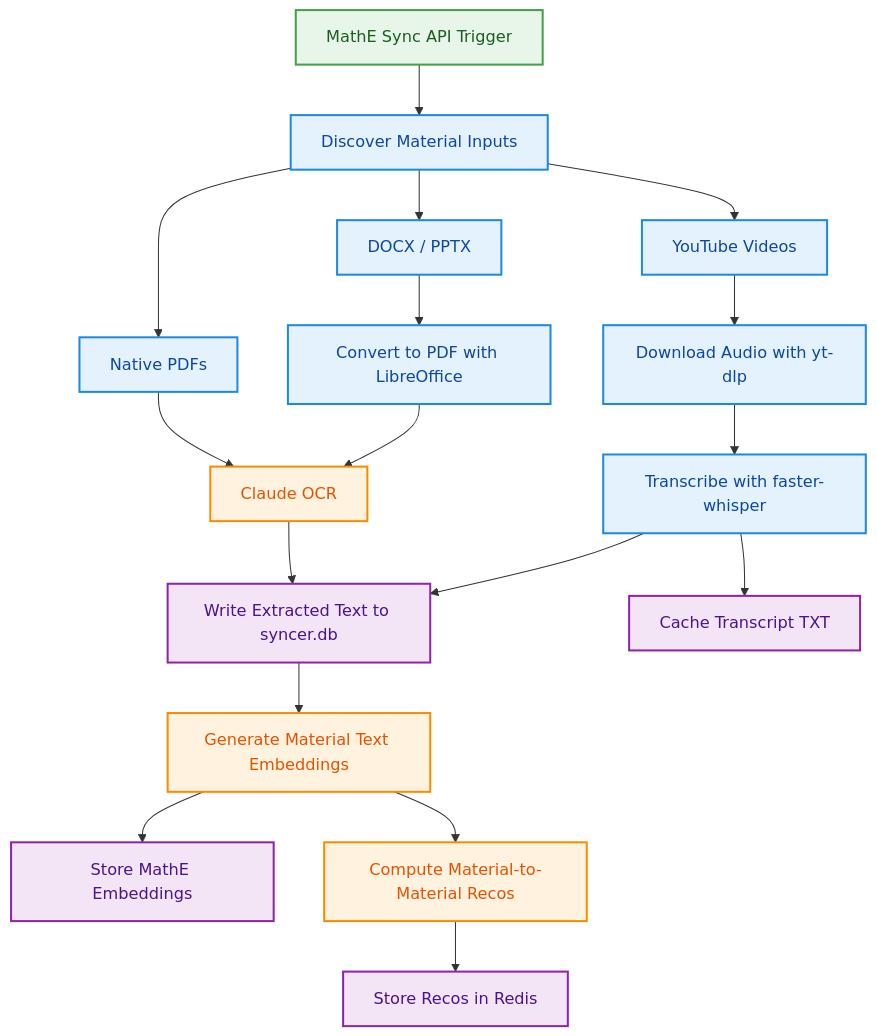
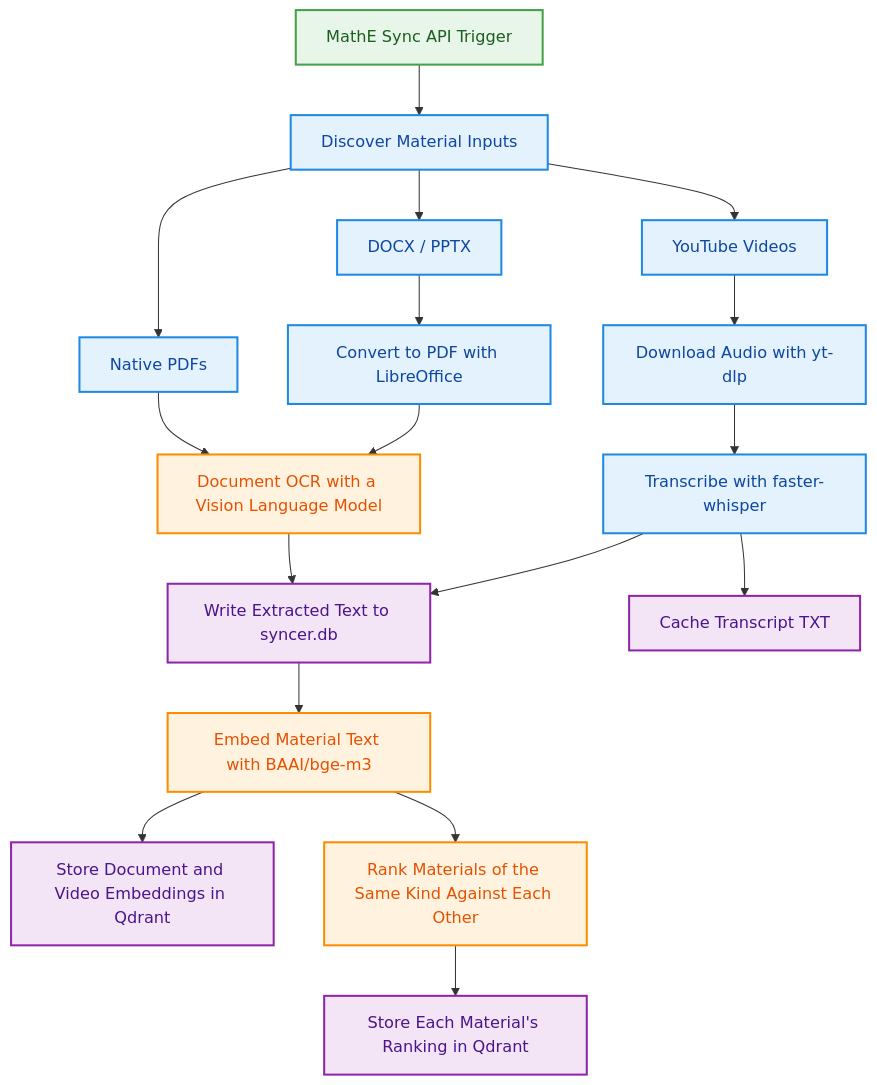
One commit to datagems-eosc/dataset-recsys changed the diagram in docs/source/mathe_workflows.md. Above: the diagram before and after it, drawn with Mermaid. The commit also changed other lines of this file and 5 other files, not shown here.

First line of the commit message:
docs: describe the architecture, methods and workflows after the Qdrant migration

````diff
--- a/docs/source/mathe_workflows.md
+++ b/docs/source/mathe_workflows.md
@@ -10,30 +10,30 @@
 ```mermaid
 %%{init: {'flowchart': {'nodeSpacing': 22, 'rankSpacing': 22, 'curve': 'linear'}, 'themeVariables': {'fontSize': '12px', 'lineColor': '#9E9E9E', 'edgeLabelBackground':'#ffffff', 'primaryBorderColor':'#BDBDBD', 'clusterBorder':'#E0E0E0', 'lineWidth':'0\.9px'}}}%%
 flowchart TB
     A[MathE Sync API Trigger] --> B[Discover Material Inputs]
     B --> C[Native PDFs]
-    B --> D[DOCX / PPTX]
+    B --> D["DOCX / PPTX"]
     B --> E[YouTube Videos]
     D --> F[Convert to PDF with LibreOffice]
-    C --> G[Claude OCR]
+    C --> G[Document OCR with a Vision Language Model]
     F --> G
     E --> H[Download Audio with yt-dlp]
     H --> I[Transcribe with faster-whisper]
     G --> J[Write Extracted Text to syncer.db]
     I --> J
     I --> K[Cache Transcript TXT]
-    J --> L[Generate Material Text Embeddings]
-    L --> M[Store MathE Embeddings]
-    L --> N[Compute Material-to-Material Recos]
-    N --> O[Store Recos in Redis]
+    J --> L["Embed Material Text with BAAI/bge-m3"]
+    L --> M[Store Document and Video Embeddings in Qdrant]
+    L --> N[Rank Materials of the Same Kind Against Each Other]
+    N --> O["Store Each Material's Ranking in Qdrant"]
 
     classDef trigger fill:#E8F5E9,stroke:#43A047,stroke-width:2px,color:#1B5E20;
     classDef prep fill:#E3F2FD,stroke:#1E88E5,stroke-width:2px,color:#0D47A1;
     classDef compute fill:#FFF3E0,stroke:#FB8C00,stroke-width:2px,color:#E65100;
     classDef storage fill:#F3E5F5,stroke:#8E24AA,stroke-width:2px,color:#4A148C;
 
     class A trigger;
     class B,C,D,E,F,H,I prep;
     class G,L,N compute;
     class J,K,M,O storage;
 ```
````
